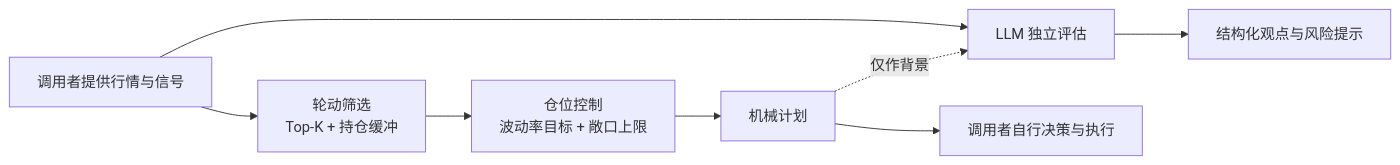
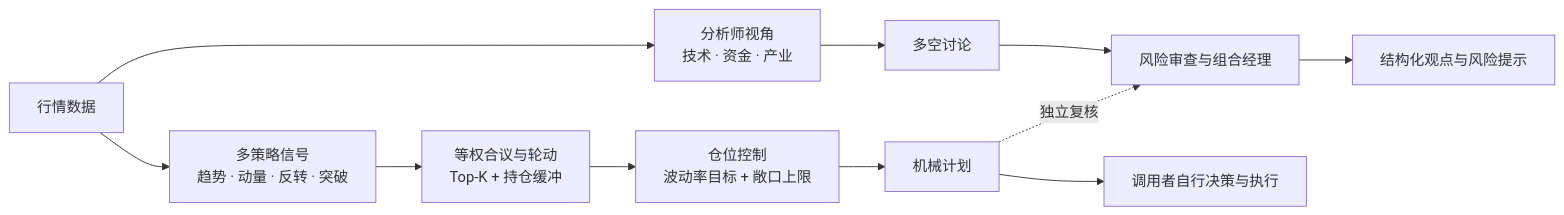
Before and after one commit to BZX667/ETF-Compass: the diagram in README.md, drawn with Mermaid. The commit also changed other lines of this file and 4 other files, not shown here.

````diff
--- a/README.md
+++ b/README.md
@@ -21,10 +21,13 @@
 ```mermaid
 flowchart LR
-    A[调用者提供行情与信号] --> B[轮动筛选<br/>Top-K + 持仓缓冲]
-    B --> C[仓位控制<br/>波动率目标 + 敞口上限]
-    C --> D[机械计划]
-    A --> E[LLM 独立评估]
-    D -. 仅作背景 .-> E
-    E --> F[结构化观点与风险提示]
-    D --> G[调用者自行决策与执行]
+    A[行情数据] --> B[多策略信号<br/>趋势 · 动量 · 反转 · 突破]
+    B --> C[等权合议与轮动<br/>Top-K + 持仓缓冲]
+    C --> D[仓位控制<br/>波动率目标 + 敞口上限]
+    D --> E[机械计划]
+    A --> F[分析师视角<br/>技术 · 资金 · 产业]
+    F --> G[多空讨论]
+    G --> H[风险审查与组合经理]
+    E -. 独立复核 .-> H
+    H --> I[结构化观点与风险提示]
+    E --> J[调用者自行决策与执行]
 ```
````
